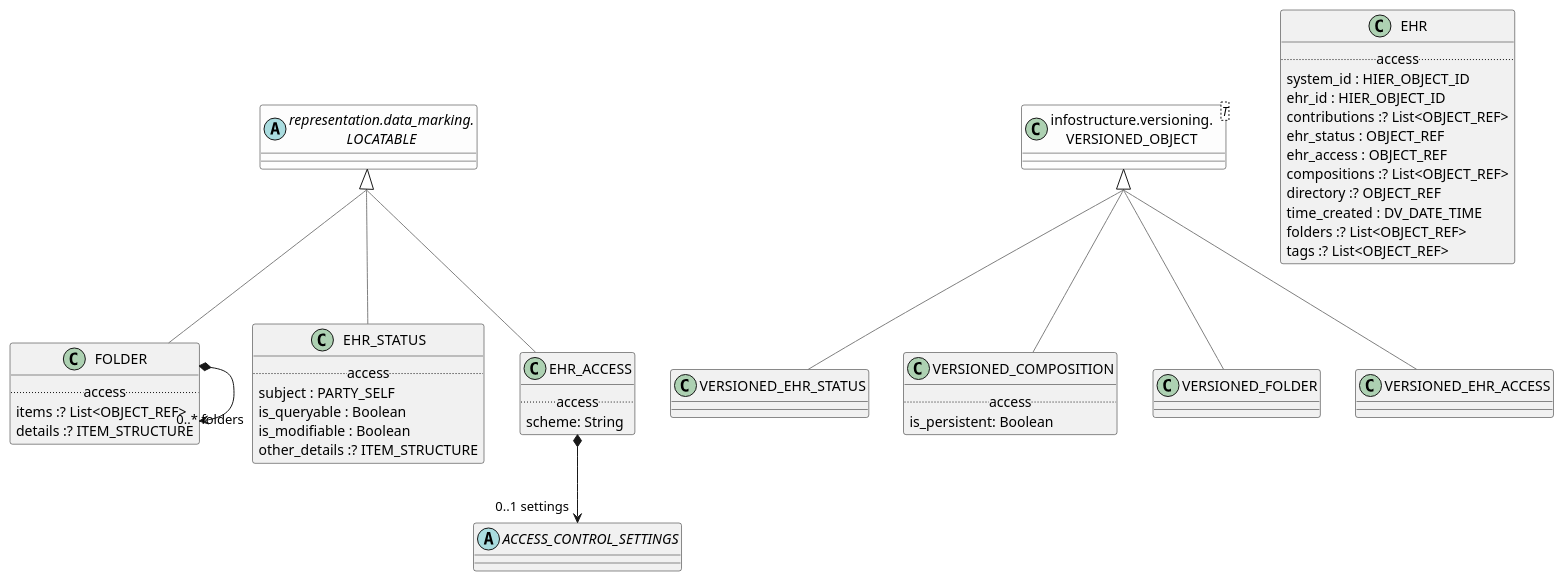
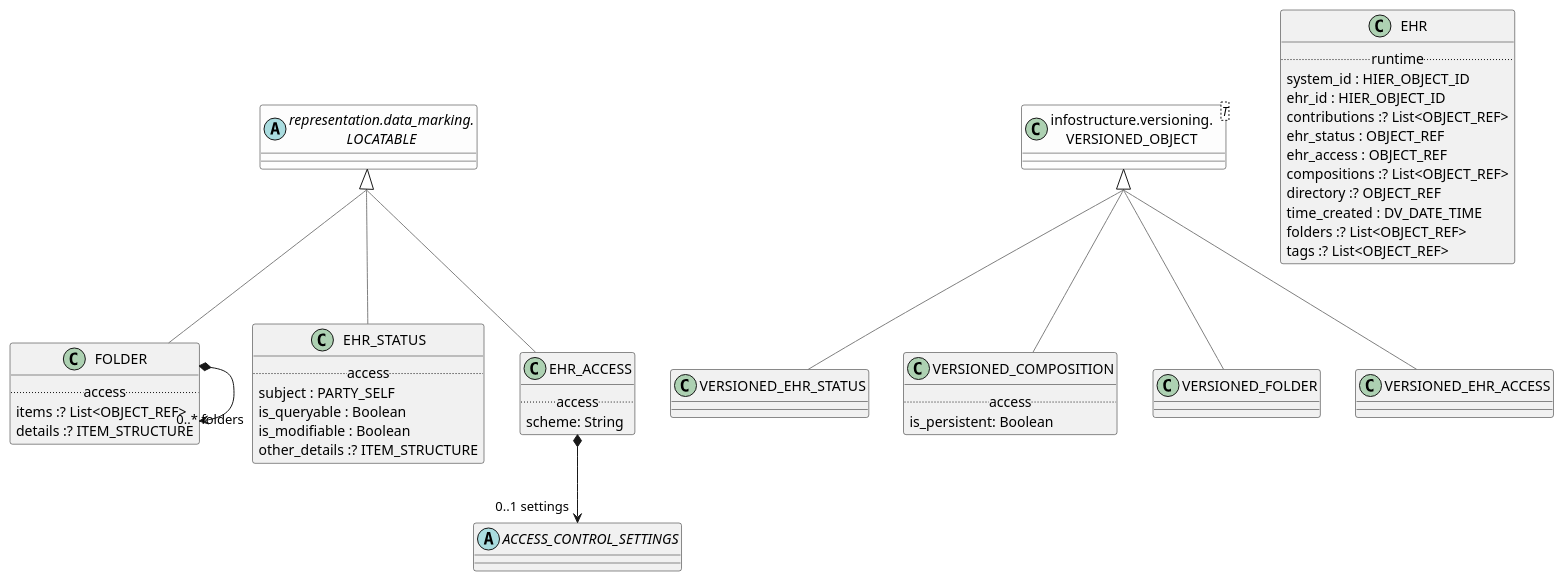
The diagram in modules/ROOT/examples/bmm/domain-healthcare/ehr/ehr-package-uml.adoc (wolandscat/openehr-doc), drawn with PlantUML before and after one commit. The commit also changed 11 other files, not shown here.

```diff
--- a/modules/ROOT/examples/bmm/domain-healthcare/ehr/ehr-package-uml.adoc
+++ b/modules/ROOT/examples/bmm/domain-healthcare/ehr/ehr-package-uml.adoc
@@ -55,7 +55,7 @@
 
 
 class EHR [[/openehr-doc/latest/domain-healthcare/ehr-gen.html#_class_ehr]] {
-        .. access ..
+        .. runtime ..
         system_id : HIER_OBJECT_ID
         ehr_id : HIER_OBJECT_ID
         contributions :? List<OBJECT_REF>
```
